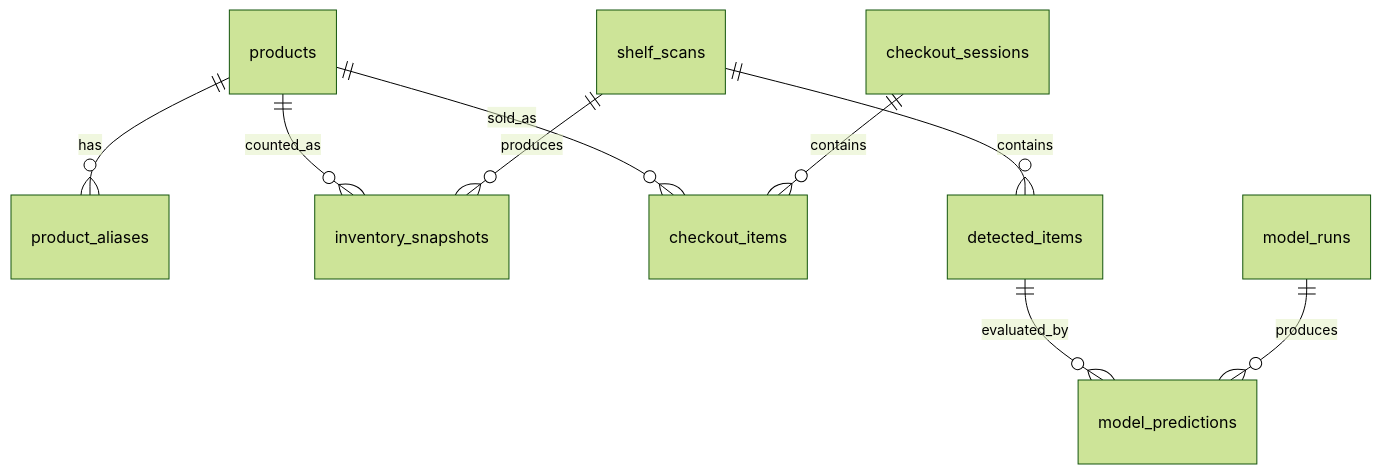
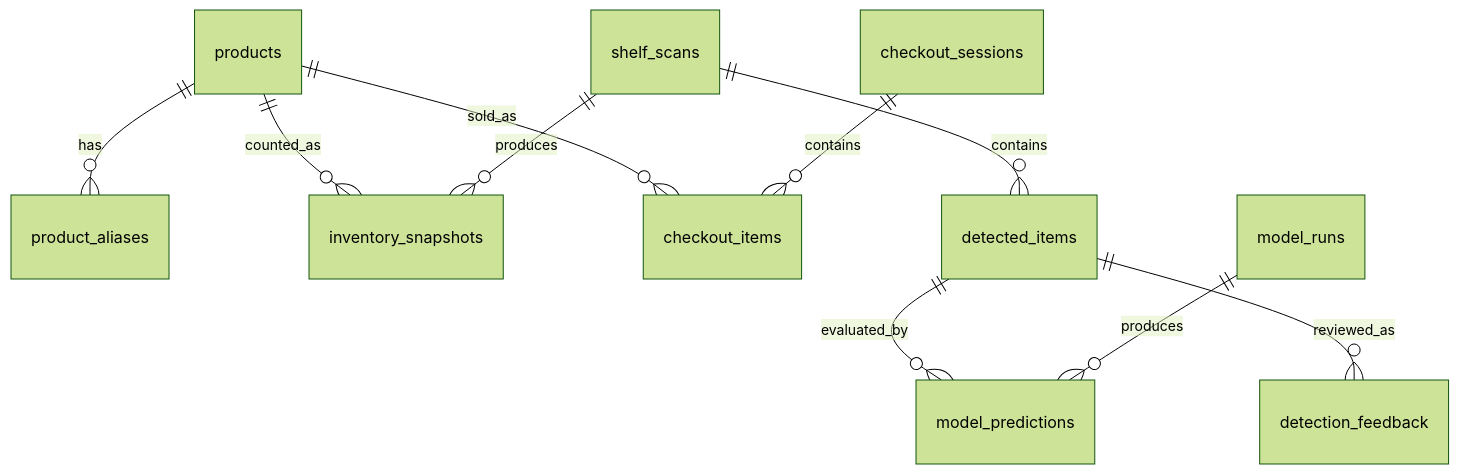
Before and after one commit to Richa-max/dense-shelf-images-object-detection: the second of 2 diagrams in mgrandhi/docs/database_schema.md, drawn with Mermaid (forest theme). The commit also changed other lines of this file and 43 other files, not shown here.

````diff
--- a/mgrandhi/docs/database_schema.md
+++ b/mgrandhi/docs/database_schema.md
@@ -42,11 +48,12 @@
 ```mermaid
 erDiagram
   products ||--o{ product_aliases : has
   products ||--o{ inventory_snapshots : counted_as
   products ||--o{ checkout_items : sold_as
   shelf_scans ||--o{ detected_items : contains
   detected_items ||--o{ model_predictions : evaluated_by
   model_runs ||--o{ model_predictions : produces
   checkout_sessions ||--o{ checkout_items : contains
   shelf_scans ||--o{ inventory_snapshots : produces
+  detected_items ||--o{ detection_feedback : reviewed_as
 ```
````
